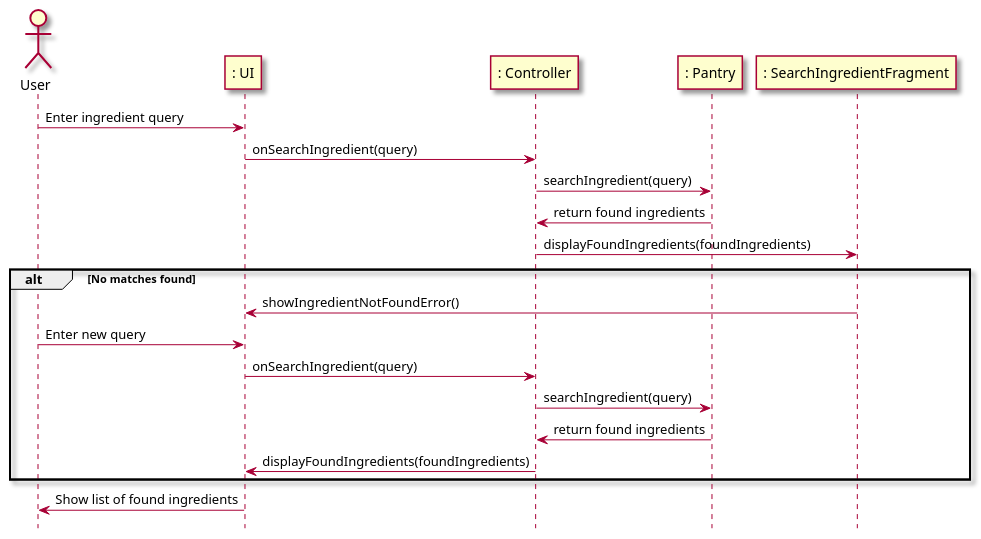
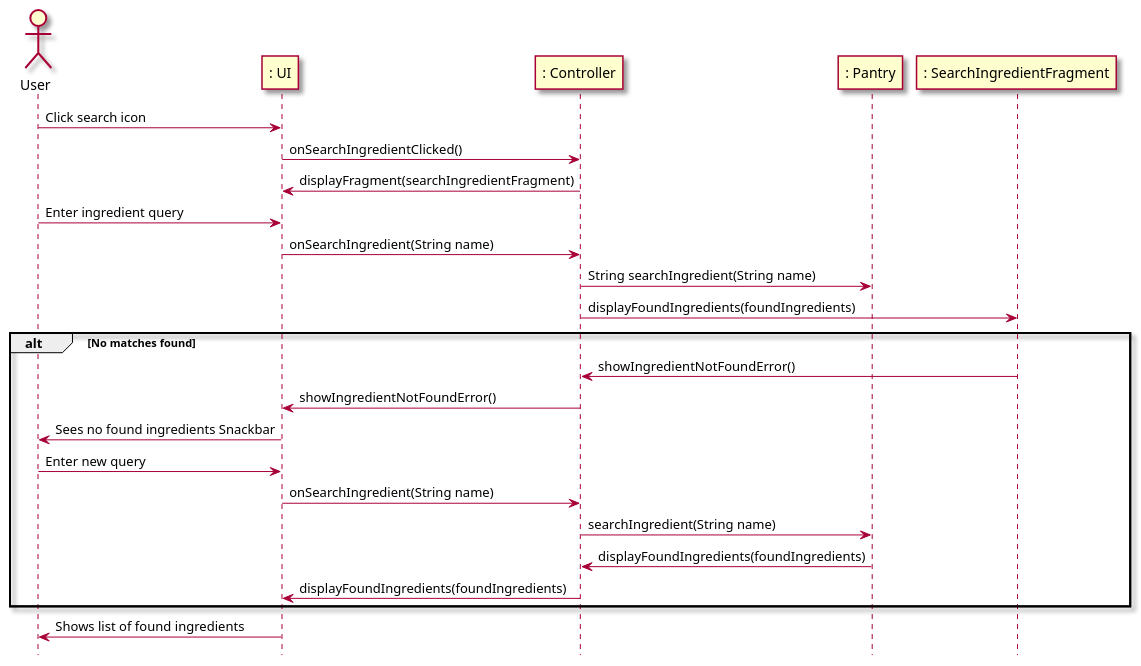
Before and after one commit to berthashipper/Pantry-Pal-Android-Application: the second of 2 diagrams in intellij/doc/use-cases/search_ingredient.md, drawn with PlantUML.

Commit message:
Updated search_ingredients use case to use method call notation

````diff
--- a/intellij/doc/use-cases/search_ingredient.md
+++ b/intellij/doc/use-cases/search_ingredient.md
@@ -63,30 +63,34 @@
 ```plantuml
 @startuml
 skin rose
 
 hide footbox
 
 actor User as user
 participant ": UI" as ui
 participant ": Controller" as cont
 participant ": Pantry" as pantry
 participant ": SearchIngredientFragment" as fragment
 
+user -> ui: Click search icon
+ui -> cont: onSearchIngredientClicked()
+cont -> ui: displayFragment(searchIngredientFragment)
 user -> ui : Enter ingredient query
-ui -> cont : onSearchIngredient(query)
-cont -> pantry : searchIngredient(query)
-pantry -> cont : return found ingredients
+ui -> cont : onSearchIngredient(String name)
+cont -> pantry : String searchIngredient(String name)
 cont -> fragment : displayFoundIngredients(foundIngredients)
 
 alt No matches found
-    fragment -> ui : showIngredientNotFoundError()
+    fragment -> cont : showIngredientNotFoundError()
+    cont -> ui:  showIngredientNotFoundError()
+    ui -> user : Sees no found ingredients Snackbar
     user -> ui : Enter new query
-    ui -> cont : onSearchIngredient(query)
-    cont -> pantry : searchIngredient(query)
-    pantry -> cont : return found ingredients
+    ui -> cont : onSearchIngredient(String name)
+    cont -> pantry : searchIngredient(String name)
+    pantry -> cont : displayFoundIngredients(foundIngredients)
     cont -> ui : displayFoundIngredients(foundIngredients)
 end
 
-ui -> user : Show list of found ingredients
+ui -> user : Shows list of found ingredients
 @enduml
 ```
````
